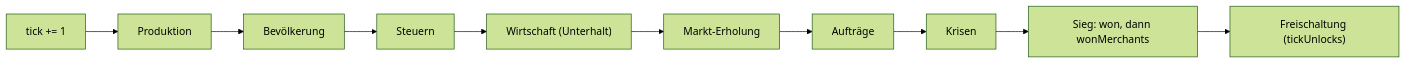
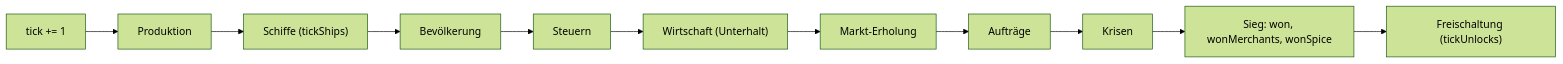
Before and after one commit to konstantinniedermann/Inselreich: the sixth of 12 diagrams in docs/arc42.md, drawn with Mermaid (forest theme). The commit also changed other lines of this file and 4 other files, not shown here.

````diff
--- a/docs/arc42.md
+++ b/docs/arc42.md
@@ -366,5 +373,5 @@
 ```mermaid
 flowchart LR
-  T["tick += 1"] --> P["Produktion"] --> B["Bevölkerung"] --> S["Steuern"] --> W["Wirtschaft (Unterhalt)"]
-  W --> M["Markt-Erholung"] --> O["Aufträge"] --> K["Krisen"] --> V["Sieg: won, dann wonMerchants"] --> U["Freischaltung (tickUnlocks)"]
+  T["tick += 1"] --> P["Produktion"] --> H["Schiffe (tickShips)"] --> B["Bevölkerung"] --> S["Steuern"] --> W["Wirtschaft (Unterhalt)"]
+  W --> M["Markt-Erholung"] --> O["Aufträge"] --> K["Krisen"] --> V["Sieg: won, wonMerchants, wonSpice"] --> U["Freischaltung (tickUnlocks)"]
 ```
````
